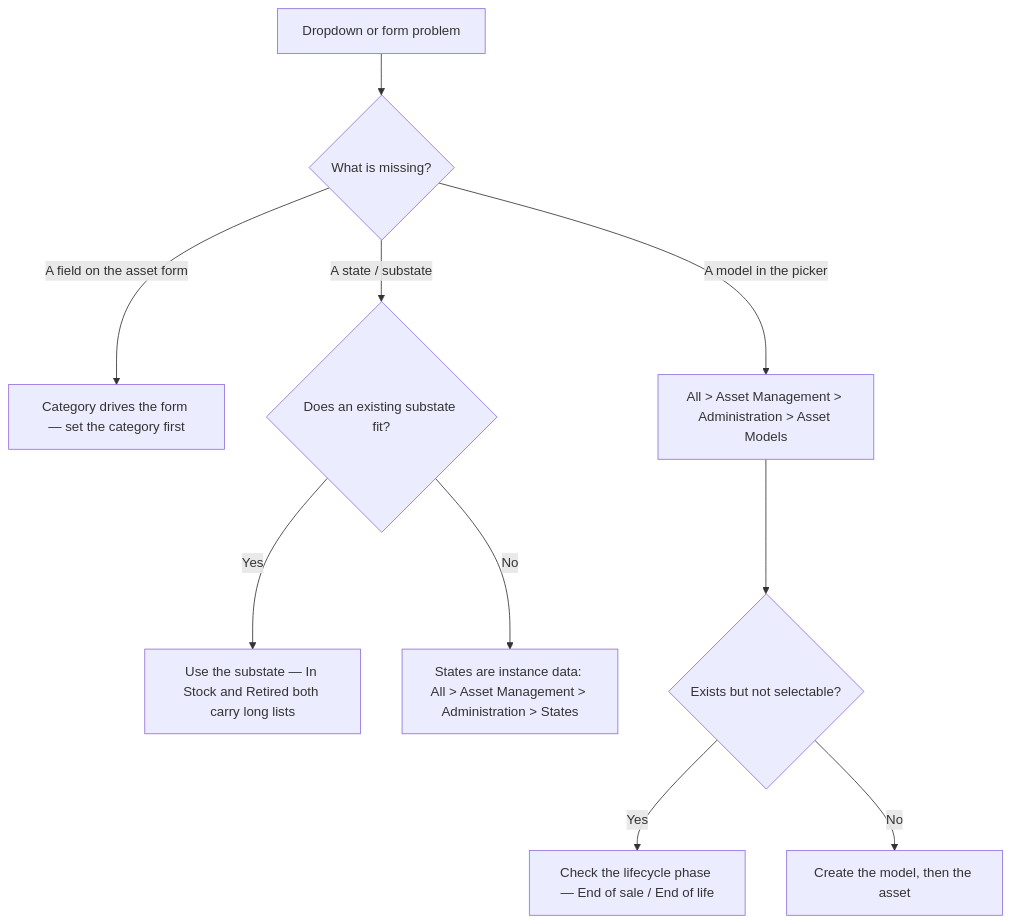
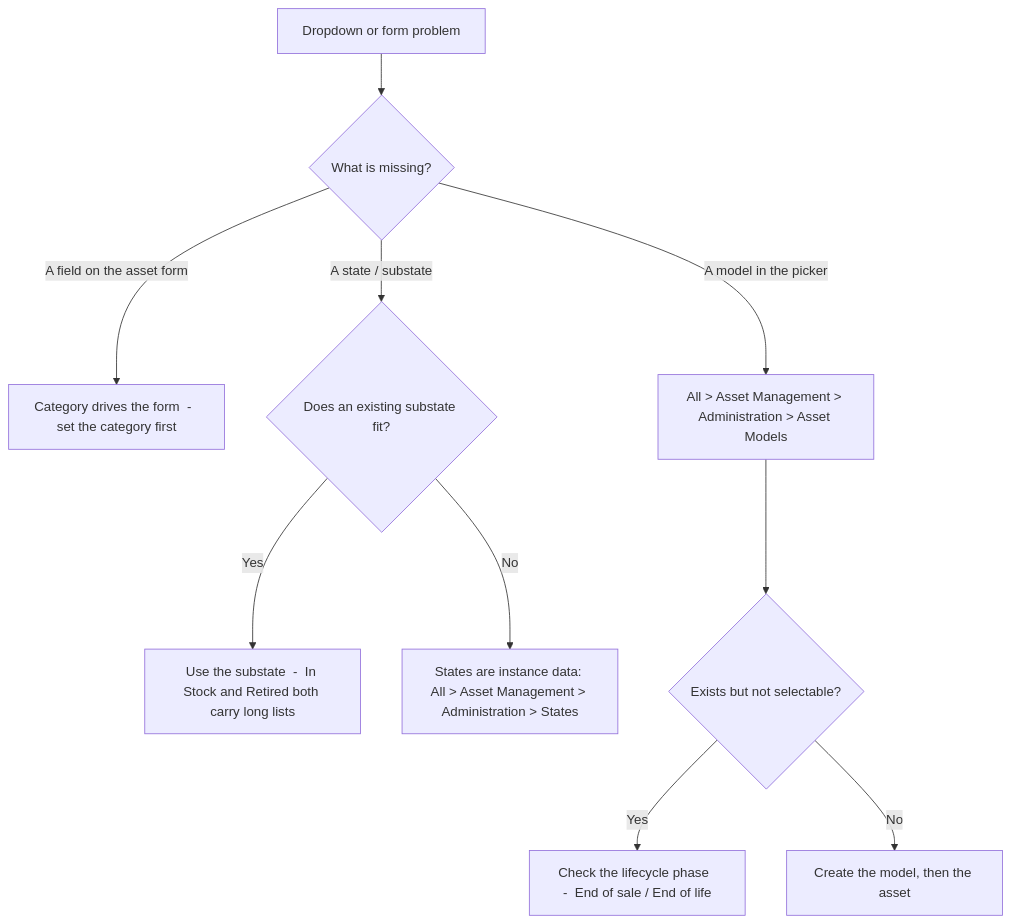
Before and after one commit to eltonaguiar/ServiceNow_Learning_TSOM-_CSM_FSM_SalesCRM_HAM_ITSM: the ninth of 9 diagrams in docs/modules/ham/ham-guide.md, drawn with Mermaid. The commit also changed other lines of this file and 10 other files, not shown here.

First line of the commit message:
Fix Mermaid diagram unicode characters causing syntax errors

````diff
--- a/docs/modules/ham/ham-guide.md
+++ b/docs/modules/ham/ham-guide.md
@@ -694,12 +694,12 @@
 ```mermaid
 flowchart TD
     A[Dropdown or form problem] --> B{What is missing?}
-    B -->|A field on the asset form| C[Category drives the form — set the category first]
+    B -->|A field on the asset form| C[Category drives the form  -  set the category first]
     B -->|A state / substate| D{Does an existing substate fit?}
-    D -->|Yes| D1[Use the substate — In Stock and Retired both carry long lists]
+    D -->|Yes| D1[Use the substate  -  In Stock and Retired both carry long lists]
     D -->|No| D2[States are instance data: All > Asset Management > Administration > States]
     B -->|A model in the picker| E[All > Asset Management > Administration > Asset Models]
     E --> E1{Exists but not selectable?}
-    E1 -->|Yes| E2[Check the lifecycle phase — End of sale / End of life]
+    E1 -->|Yes| E2[Check the lifecycle phase  -  End of sale / End of life]
     E1 -->|No| E3[Create the model, then the asset]
 ```
````
